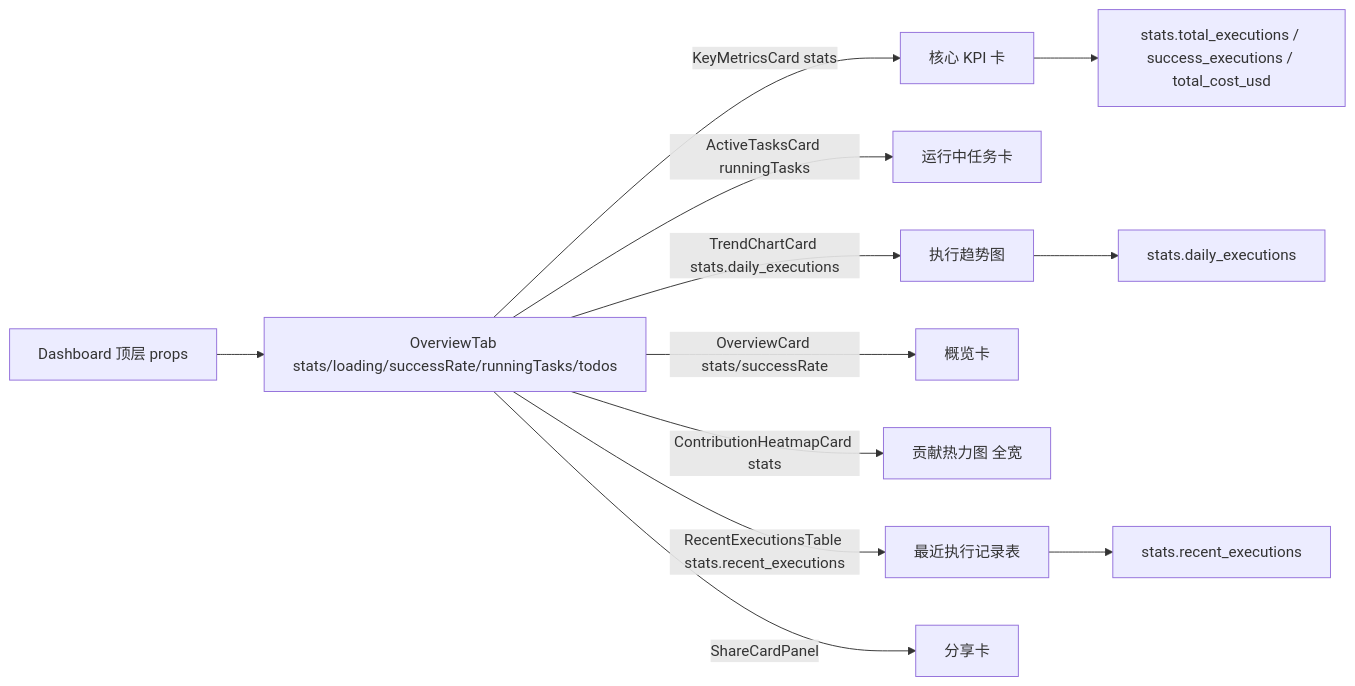
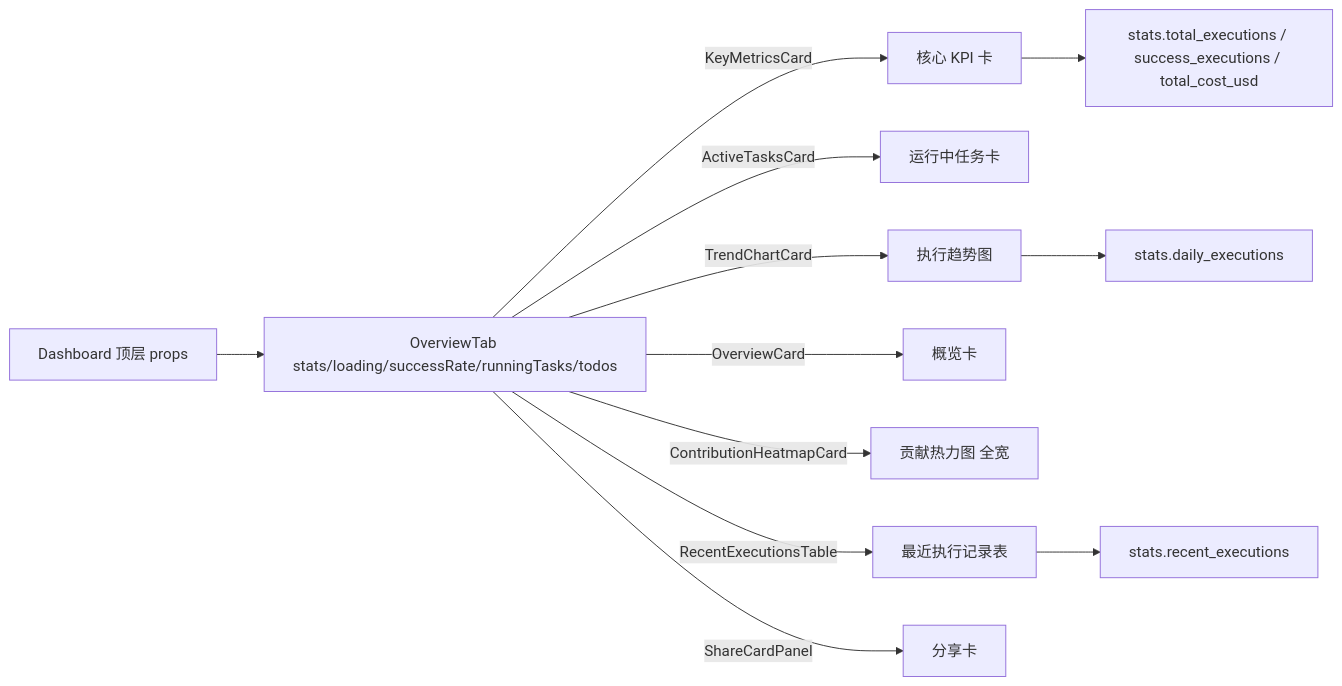
The diagram in frontend/src/help/pages/dashboard-overview.md (weibaohui/ntd), drawn with Mermaid before and after one commit. The commit also changed other lines of this file and 9 other files, not shown here.

````diff
--- a/frontend/src/help/pages/dashboard-overview.md
+++ b/frontend/src/help/pages/dashboard-overview.md
@@ -9,14 +29,14 @@
 ```mermaid
 flowchart LR
-  D["Dashboard 顶层 props"] --> OT["OverviewTab stats/loading/successRate/runningTasks/todos"]
-  OT --"KeyMetricsCard stats"--> KM["核心 KPI 卡"]
-  OT --"ActiveTasksCard runningTasks"--> AT["运行中任务卡"]
-  OT --"TrendChartCard stats.daily_executions"--> TC["执行趋势图"]
-  OT --"OverviewCard stats/successRate"--> OC["概览卡"]
-  OT --"ContributionHeatmapCard stats"--> CH["贡献热力图 全宽"]
-  OT --"RecentExecutionsTable stats.recent_executions"--> RE["最近执行记录表"]
-  OT --"ShareCardPanel"--> SP["分享卡"]
-  KM --> S1["stats.total_executions / success_executions / total_cost_usd"]
-  TC --> S2["stats.daily_executions"]
-  RE --> S3["stats.recent_executions"]
+  D[Dashboard 顶层 props] --> OT[OverviewTab stats/loading/successRate/runningTasks/todos]
+  OT -->|KeyMetricsCard| KM[核心 KPI 卡]
+  OT -->|ActiveTasksCard| AT[运行中任务卡]
+  OT -->|TrendChartCard| TC[执行趋势图]
+  OT -->|OverviewCard| OC[概览卡]
+  OT -->|ContributionHeatmapCard| CH[贡献热力图 全宽]
+  OT -->|RecentExecutionsTable| RE[最近执行记录表]
+  OT -->|ShareCardPanel| SP[分享卡]
+  KM --> S1[stats.total_executions / success_executions / total_cost_usd]
+  TC --> S2[stats.daily_executions]
+  RE --> S3[stats.recent_executions]
 ```
````
